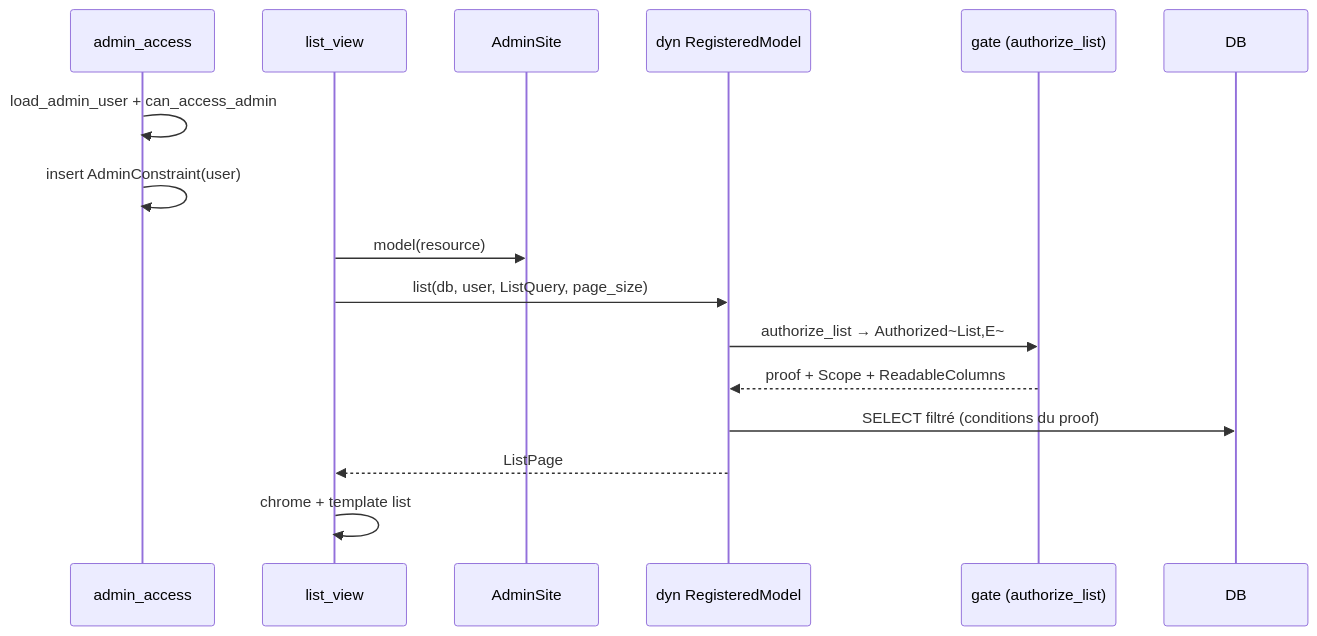
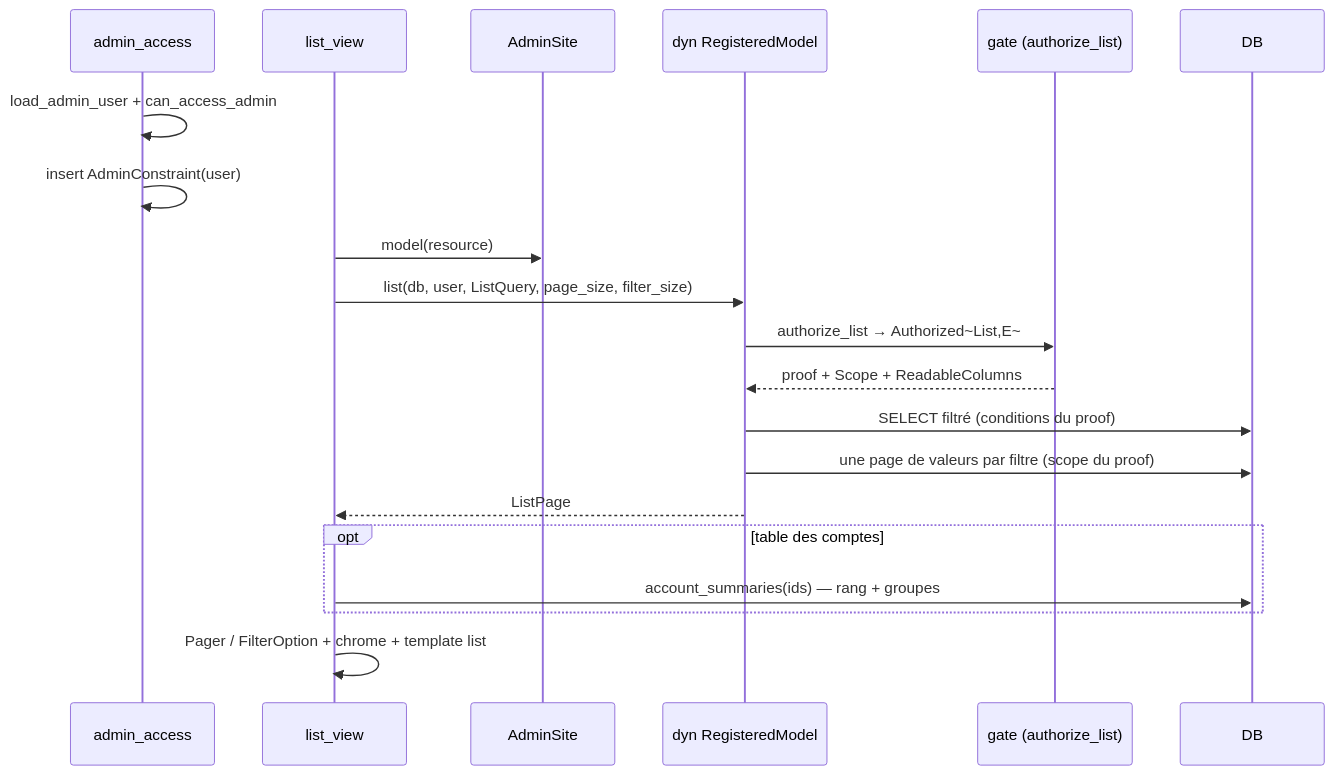
Before and after one commit to seb-alliot/runique: the sixth of 6 diagrams in diagramme/uml/admin/admin-resource-permissions.md, drawn with Mermaid. The commit also changed other lines of this file and 57 other files, not shown here.

Commit message:
fix few bug && diagramme

````diff
--- a/diagramme/uml/admin/admin-resource-permissions.md
+++ b/diagramme/uml/admin/admin-resource-permissions.md
@@ -287,19 +303,23 @@
 ```mermaid
 sequenceDiagram
     participant MW as admin_access
     participant H as list_view
     participant S as AdminSite
     participant M as dyn RegisteredModel
     participant G as gate (authorize_list)
     participant DB as DB
 
     MW->>MW: load_admin_user + can_access_admin
     MW->>MW: insert AdminConstraint(user)
     H->>S: model(resource)
-    H->>M: list(db, user, ListQuery, page_size)
+    H->>M: list(db, user, ListQuery, page_size, filter_size)
     M->>G: authorize_list → Authorized~List,E~
     G-->>M: proof + Scope + ReadableColumns
     M->>DB: SELECT filtré (conditions du proof)
+    M->>DB: une page de valeurs par filtre (scope du proof)
     M-->>H: ListPage
-    H->>H: chrome + template list
+    opt table des comptes
+        H->>DB: account_summaries(ids) — rang + groupes
+    end
+    H->>H: Pager / FilterOption + chrome + template list
 ```
````
